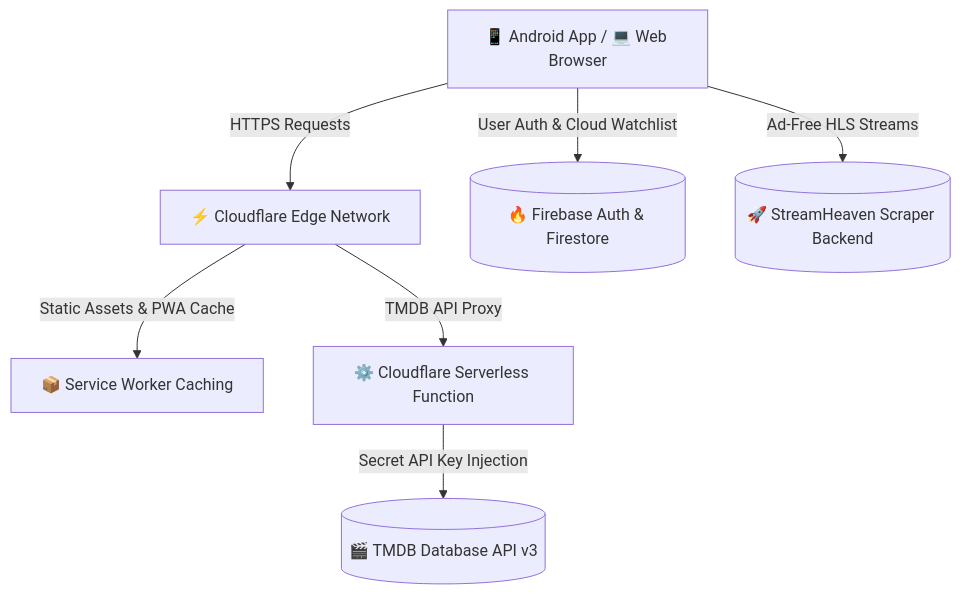
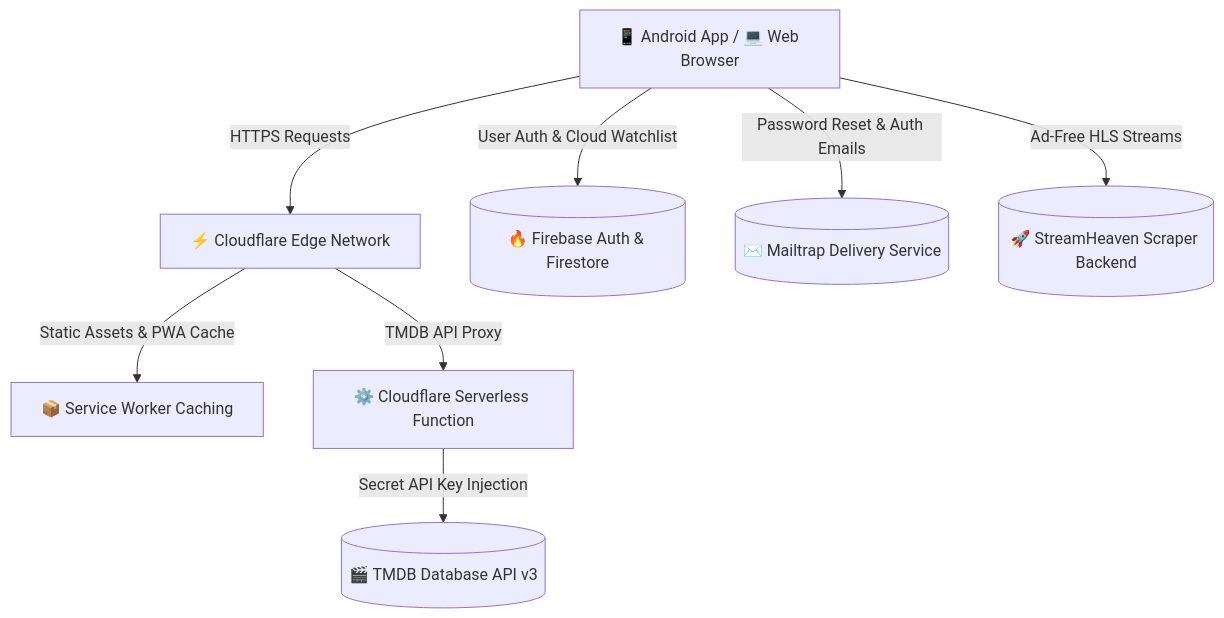
One commit to SamJU25/CineCub changed the diagram in README.md. Above: the diagram before and after it, drawn with Mermaid. The commit also changed other lines of this file, not shown here.

Commit message:
docs: add Mailtrap transactional email badge and architecture mapping to README

````diff
--- a/README.md
+++ b/README.md
@@ -44,9 +46,10 @@
 ```mermaid
 graph TD
     Client["📱 Android App / 💻 Web Browser"] -->|"HTTPS Requests"| CF["⚡ Cloudflare Edge Network"]
     CF -->|"Static Assets & PWA Cache"| SW["📦 Service Worker Caching"]
     CF -->|"TMDB API Proxy"| CFWorkers["⚙️ Cloudflare Serverless Function"]
     CFWorkers -->|"Secret API Key Injection"| TMDB[("🎬 TMDB Database API v3")]
     Client -->|"User Auth & Cloud Watchlist"| FB[("🔥 Firebase Auth & Firestore")]
+    Client -->|"Password Reset & Auth Emails"| MT[("✉️ Mailtrap Delivery Service")]
     Client -->|"Ad-Free HLS Streams"| APIBack[("🚀 StreamHeaven Scraper Backend")]
 ```
````
